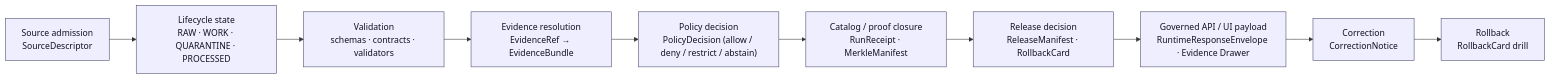
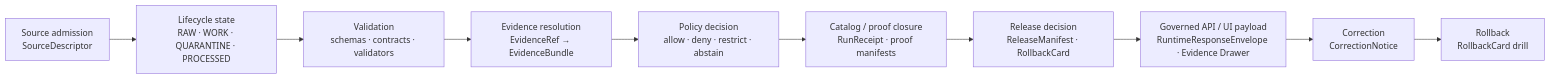
One commit to bartytime4life/Kansas-Frontier-Matrix changed the diagram in tests/README.md. Above: the diagram before and after it, drawn with Mermaid. The commit also changed other lines of this file, not shown here.

````diff
--- a/tests/README.md
+++ b/tests/README.md
@@ -196,15 +227,12 @@
 ```mermaid
 flowchart LR
     A["Source admission<br/>SourceDescriptor"] --> B["Lifecycle state<br/>RAW · WORK · QUARANTINE · PROCESSED"]
     B --> C["Validation<br/>schemas · contracts · validators"]
     C --> D["Evidence resolution<br/>EvidenceRef → EvidenceBundle"]
-    D --> E["Policy decision<br/>PolicyDecision (allow / deny / restrict / abstain)"]
-    E --> F["Catalog / proof closure<br/>RunReceipt · MerkleManifest"]
+    D --> E["Policy decision<br/>allow · deny · restrict · abstain"]
+    E --> F["Catalog / proof closure<br/>RunReceipt · proof manifests"]
     F --> G["Release decision<br/>ReleaseManifest · RollbackCard"]
     G --> H["Governed API / UI payload<br/>RuntimeResponseEnvelope · Evidence Drawer"]
     H --> I["Correction<br/>CorrectionNotice"]
     I --> J["Rollback<br/>RollbackCard drill"]
-
-    classDef gate fill:#eef,stroke:#446,stroke-width:1px,color:#112;
-    class A,B,C,D,E,F,G,H,I,J gate;
 ```
````
